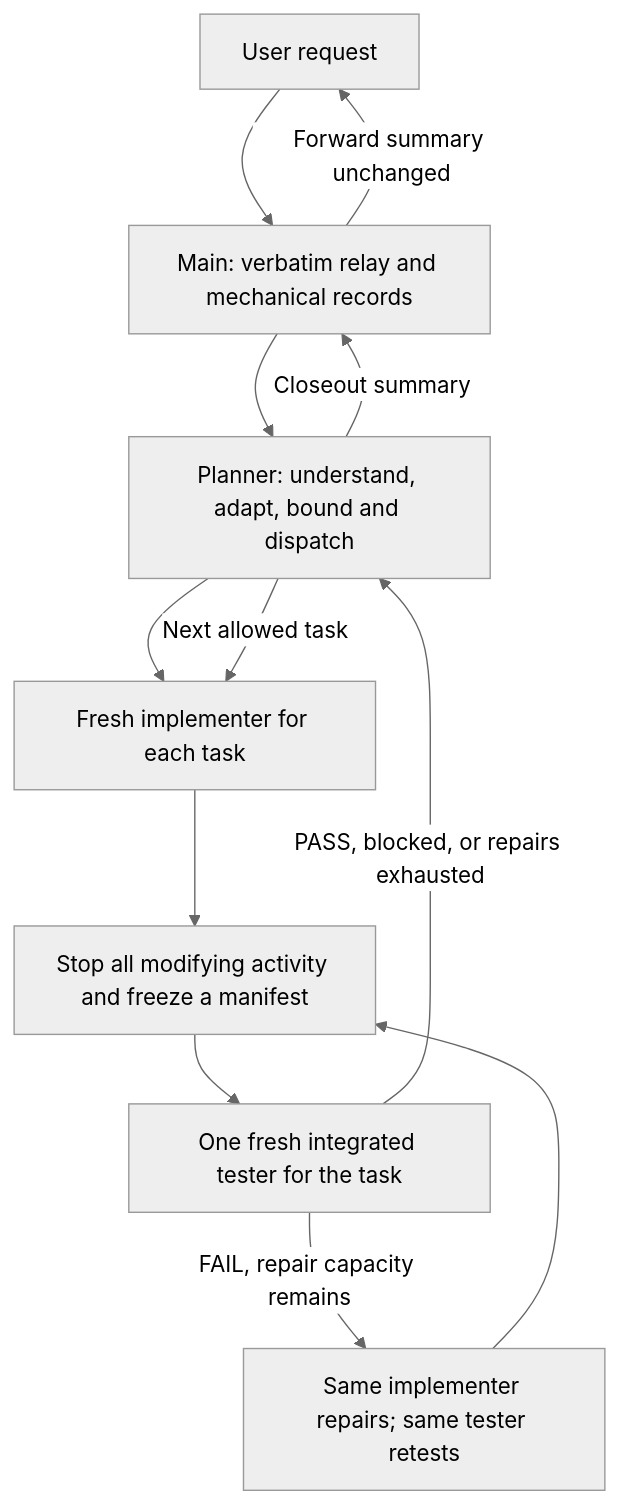
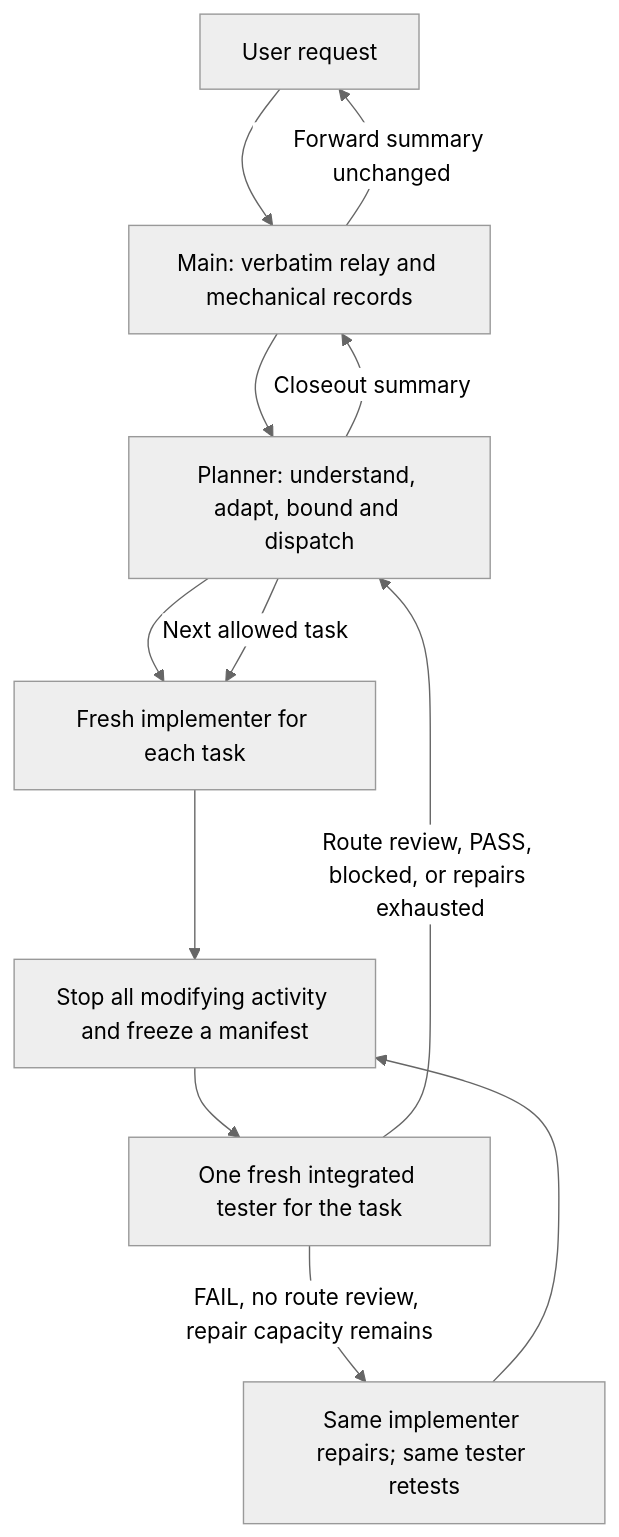
One commit to chenzhenzhong12138/relay-workflow changed the diagram in README.md. Above: the diagram before and after it, drawn with Mermaid (neutral theme). The commit also changed other lines of this file and 16 other files, not shown here.

````diff
--- a/README.md
+++ b/README.md
@@ -54,14 +54,14 @@
 ```mermaid
 flowchart TD
     U[User request] --> M[Main: verbatim relay and mechanical records]
     M --> P[Planner: understand, adapt, bound and dispatch]
     P --> I[Fresh implementer for each task]
     I --> F[Stop all modifying activity and freeze a manifest]
     F --> T[One fresh integrated tester for the task]
-    T -->|FAIL, repair capacity remains| R[Same implementer repairs; same tester retests]
+    T -->|FAIL, no route review, repair capacity remains| R[Same implementer repairs; same tester retests]
     R --> F
-    T -->|PASS, blocked, or repairs exhausted| P
+    T -->|Route review, PASS, blocked, or repairs exhausted| P
     P -->|Next allowed task| I
     P -->|Closeout summary| M
     M -->|Forward summary unchanged| U
 ```
````
